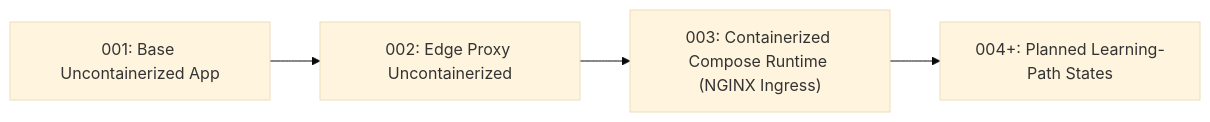
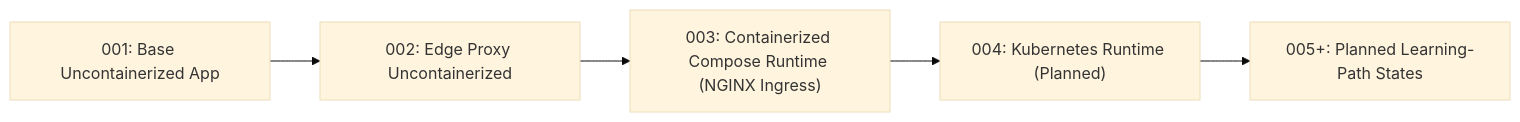
The first of 2 diagrams in docs/spec-kit/visual-learning-graphs.md (finos/traderX), drawn with Mermaid (base theme) before and after one commit. The commit also changed other lines of this file and 44 other files, not shown here.

````diff
--- a/docs/spec-kit/visual-learning-graphs.md
+++ b/docs/spec-kit/visual-learning-graphs.md
@@ -11,6 +11,7 @@
 ```mermaid
 flowchart LR
   S001["001: Base Uncontainerized App"] --> S002["002: Edge Proxy Uncontainerized"]
   S002 --> S003["003: Containerized Compose Runtime (NGINX Ingress)"]
-  S003 --> P004["004+: Planned Learning-Path States"]
+  S003 --> S004["004: Kubernetes Runtime (Planned)"]
+  S004 --> P005["005+: Planned Learning-Path States"]
 ```
````
